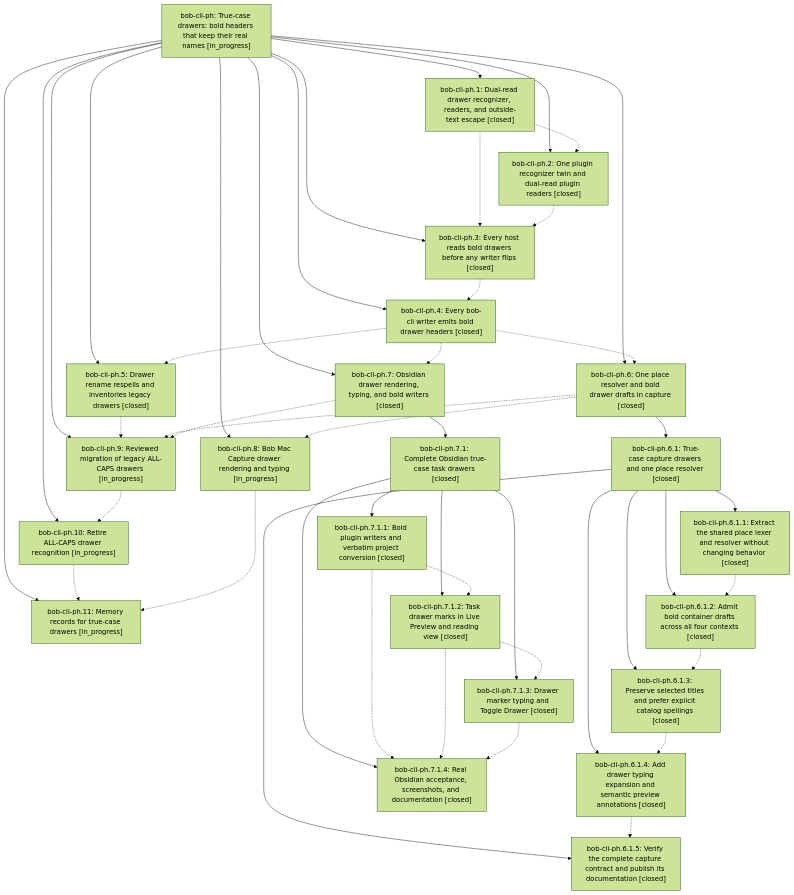
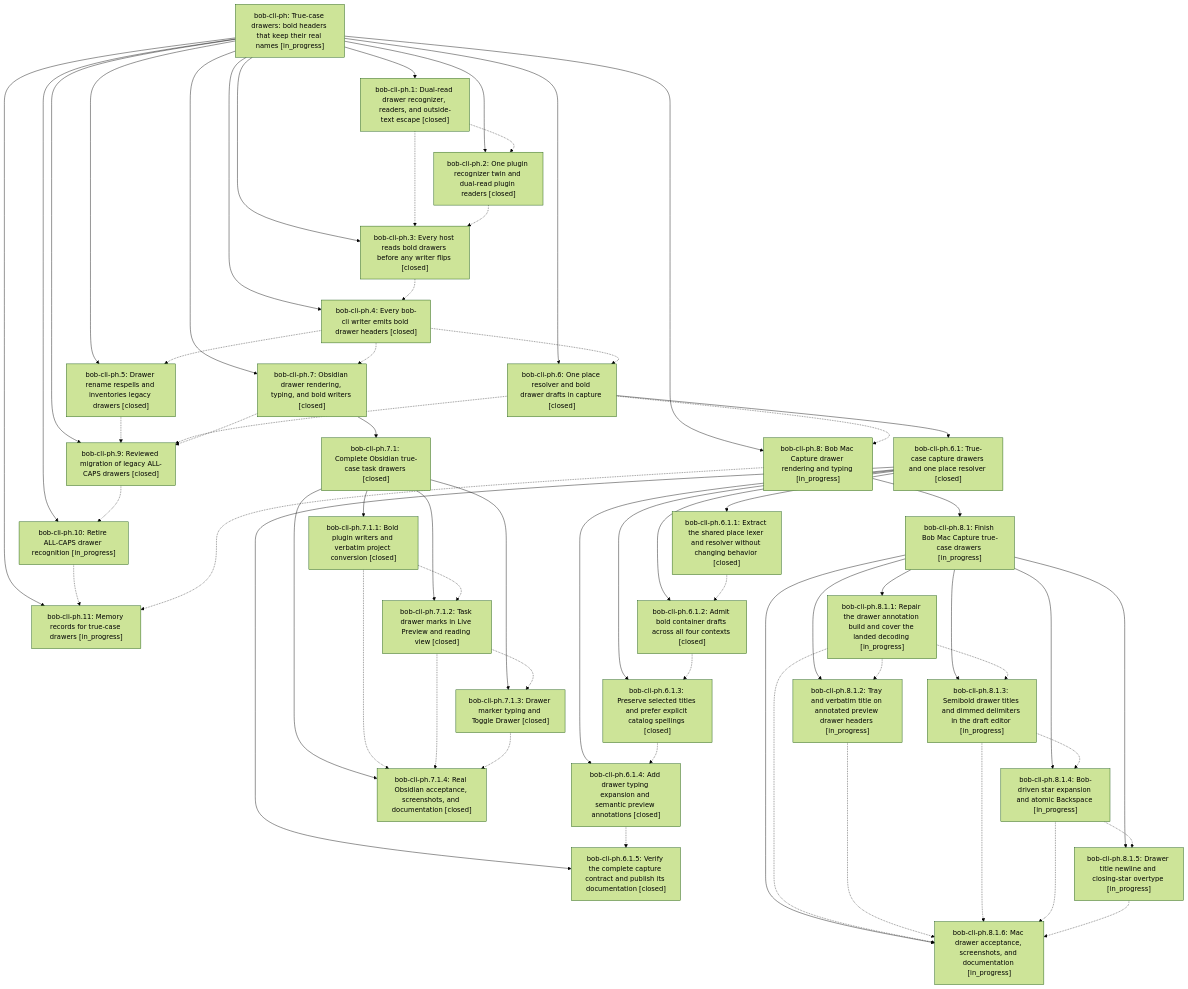
Before and after one commit to bobs-org/bob-cli--beads: the diagram in pages/bob-cli-ph/README.md, drawn with Mermaid (forest theme). The commit also changed other lines of this file and 13 other files, not shown here.

First line of the commit message:
chore(beads): sync bead state and pages for bob-cli-ph

````diff
--- a/pages/bob-cli-ph/README.md
+++ b/pages/bob-cli-ph/README.md
@@ -77,7 +77,14 @@
     n19["bob-cli-ph.7.1.3: Drawer marker typing and Toggle Drawer [closed]"]
     n20["bob-cli-ph.7.1.4: Real Obsidian acceptance, screenshots, and documentation [closed]"]
     n21["bob-cli-ph.8: Bob Mac Capture drawer rendering and typing [in_progress]"]
-    n22["bob-cli-ph.9: Reviewed migration of legacy ALL-CAPS drawers [in_progress]"]
+    n22["bob-cli-ph.8.1: Finish Bob Mac Capture true-case drawers [in_progress]"]
+    n23["bob-cli-ph.8.1.1: Repair the drawer annotation build and cover the landed decoding [in_progress]"]
+    n24["bob-cli-ph.8.1.2: Tray and verbatim title on annotated preview drawer headers [in_progress]"]
+    n25["bob-cli-ph.8.1.3: Semibold drawer titles and dimmed delimiters in the draft editor [in_progress]"]
+    n26["bob-cli-ph.8.1.4: Bob-driven star expansion and atomic Backspace [in_progress]"]
+    n27["bob-cli-ph.8.1.5: Drawer title newline and closing-star overtype [in_progress]"]
+    n28["bob-cli-ph.8.1.6: Mac drawer acceptance, screenshots, and documentation [in_progress]"]
+    n29["bob-cli-ph.9: Reviewed migration of legacy ALL-CAPS drawers [closed]"]
     n0 --> n1
     n0 --> n2
     n0 --> n3
@@ -99,7 +106,14 @@
     n16 --> n19
     n16 --> n20
     n0 --> n21
-    n0 --> n22
+    n21 --> n22
+    n22 --> n23
+    n22 --> n24
+    n22 --> n25
+    n22 --> n26
+    n22 --> n27
+    n22 --> n28
+    n0 --> n29
     n1 -.-> n4
     n1 -.-> n5
     n2 -.-> n3
@@ -108,19 +122,28 @@
     n6 -.-> n7
     n6 -.-> n8
     n6 -.-> n15
-    n7 -.-> n22
+    n7 -.-> n29
     n8 -.-> n21
-    n8 -.-> n22
+    n8 -.-> n29
     n10 -.-> n11
     n11 -.-> n12
     n12 -.-> n13
     n13 -.-> n14
-    n15 -.-> n22
+    n15 -.-> n29
     n17 -.-> n18
     n17 -.-> n20
     n18 -.-> n19
     n18 -.-> n20
     n19 -.-> n20
     n21 -.-> n3
-    n22 -.-> n2
+    n23 -.-> n24
+    n23 -.-> n25
+    n23 -.-> n28
+    n24 -.-> n28
+    n25 -.-> n26
+    n25 -.-> n28
+    n26 -.-> n27
+    n26 -.-> n28
+    n27 -.-> n28
+    n29 -.-> n2
 ```
````
